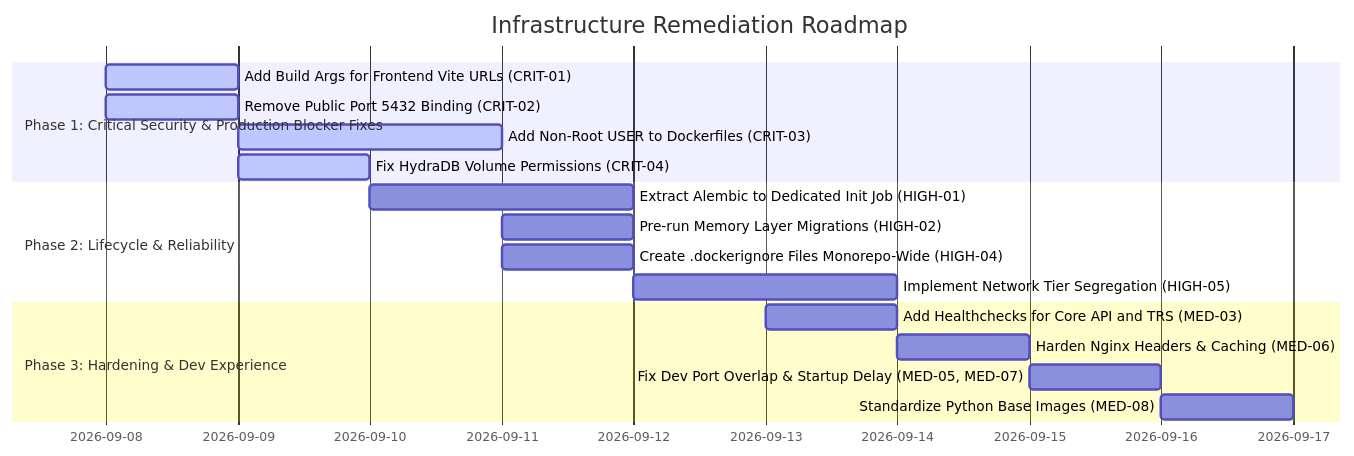
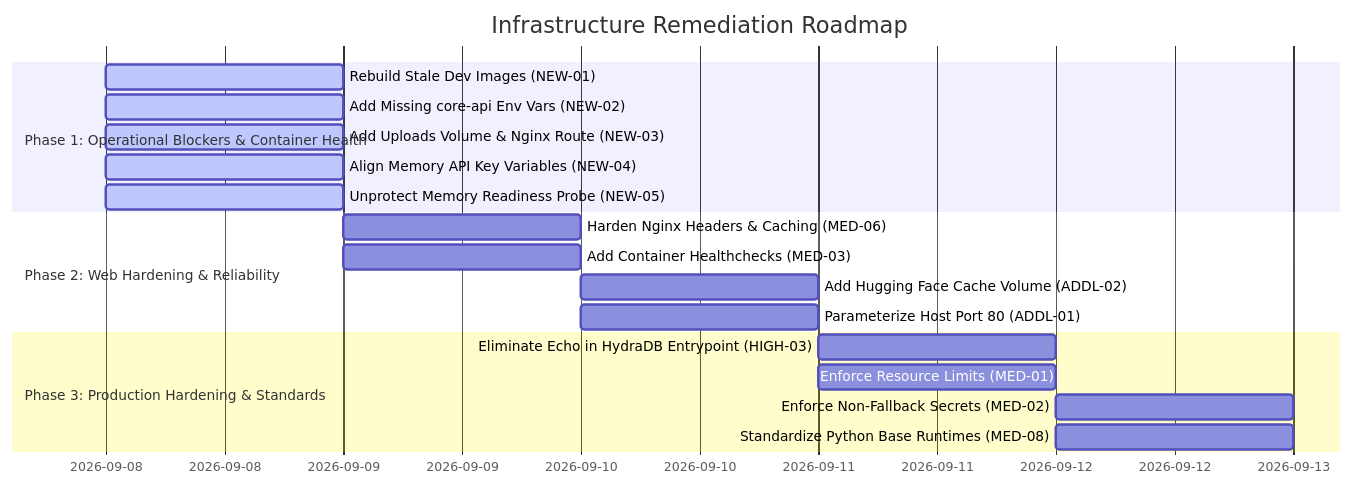
The diagram in docs/INFRA_CODEBASE_REVIEW.md (AryanSherigar/AI-DND), drawn with Mermaid before and after one commit. The commit also changed other lines of this file and 196 other files, not shown here.

````diff
--- a/docs/INFRA_CODEBASE_REVIEW.md
+++ b/docs/INFRA_CODEBASE_REVIEW.md
@@ -454,20 +294,21 @@
 ```mermaid
 gantt
     title Infrastructure Remediation Roadmap
     dateFormat  YYYY-MM-DD
-    section Phase 1: Critical Security & Production Blocker Fixes
-    Add Build Args for Frontend Vite URLs (CRIT-01)        :active, p1_1, 2026-09-08, 1d
-    Remove Public Port 5432 Binding (CRIT-02)               :active, p1_2, 2026-09-08, 1d
-    Add Non-Root USER to Dockerfiles (CRIT-03)              :active, p1_3, 2026-09-09, 2d
-    Fix HydraDB Volume Permissions (CRIT-04)                :active, p1_4, 2026-09-09, 1d
-    section Phase 2: Lifecycle & Reliability
-    Extract Alembic to Dedicated Init Job (HIGH-01)         :p2_1, 2026-09-10, 2d
-    Pre-run Memory Layer Migrations (HIGH-02)               :p2_2, 2026-09-11, 1d
-    Create .dockerignore Files Monorepo-Wide (HIGH-04)      :p2_3, 2026-09-11, 1d
-    Implement Network Tier Segregation (HIGH-05)            :p2_4, 2026-09-12, 2d
-    section Phase 3: Hardening & Dev Experience
-    Add Healthchecks for Core API and TRS (MED-03)          :p3_1, 2026-09-13, 1d
-    Harden Nginx Headers & Caching (MED-06)                 :p3_2, 2026-09-14, 1d
-    Fix Dev Port Overlap & Startup Delay (MED-05, MED-07)   :p3_3, 2026-09-15, 1d
-    Standardize Python Base Images (MED-08)                 :p3_4, 2026-09-16, 1d
+    section Phase 1: Operational Blockers & Container Health
+    Rebuild Stale Dev Images (NEW-01)                       :active, p1_1, 2026-09-08, 1d
+    Add Missing core-api Env Vars (NEW-02)                  :active, p1_2, 2026-09-08, 1d
+    Add Uploads Volume & Nginx Route (NEW-03)               :active, p1_3, 2026-09-08, 1d
+    Align Memory API Key Variables (NEW-04)                 :active, p1_4, 2026-09-08, 1d
+    Unprotect Memory Readiness Probe (NEW-05)               :active, p1_5, 2026-09-08, 1d
+    section Phase 2: Web Hardening & Reliability
+    Harden Nginx Headers & Caching (MED-06)                 :p2_1, 2026-09-09, 1d
+    Add Container Healthchecks (MED-03)                     :p2_2, 2026-09-09, 1d
+    Add Hugging Face Cache Volume (ADDL-02)                 :p2_3, 2026-09-10, 1d
+    Parameterize Host Port 80 (ADDL-01)                     :p2_4, 2026-09-10, 1d
+    section Phase 3: Production Hardening & Standards
+    Eliminate Echo in HydraDB Entrypoint (HIGH-03)          :p3_1, 2026-09-11, 1d
+    Enforce Resource Limits (MED-01)                        :p3_2, 2026-09-11, 1d
+    Enforce Non-Fallback Secrets (MED-02)                   :p3_3, 2026-09-12, 1d
+    Standardize Python Base Runtimes (MED-08)               :p3_4, 2026-09-12, 1d
 ```
````
